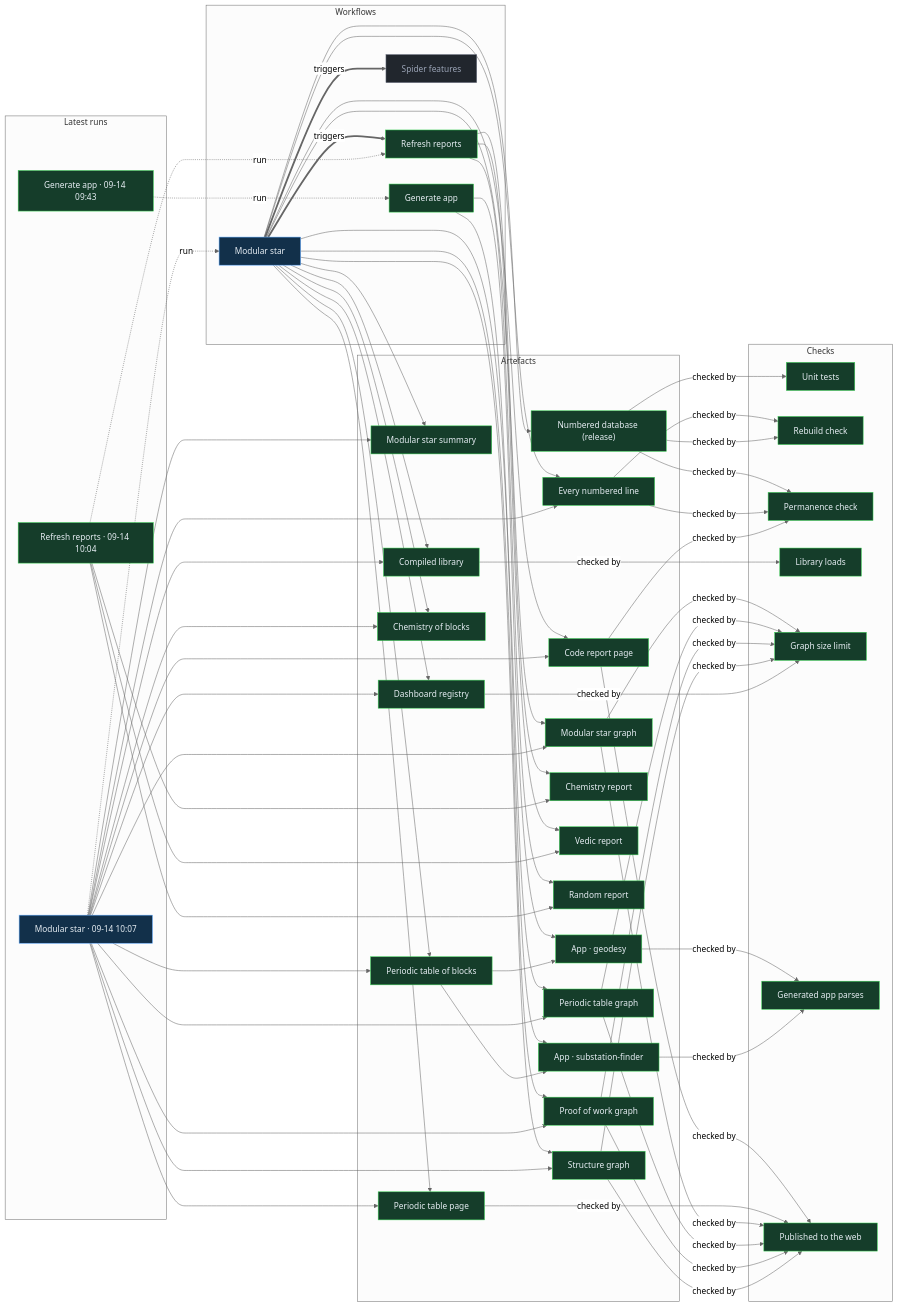
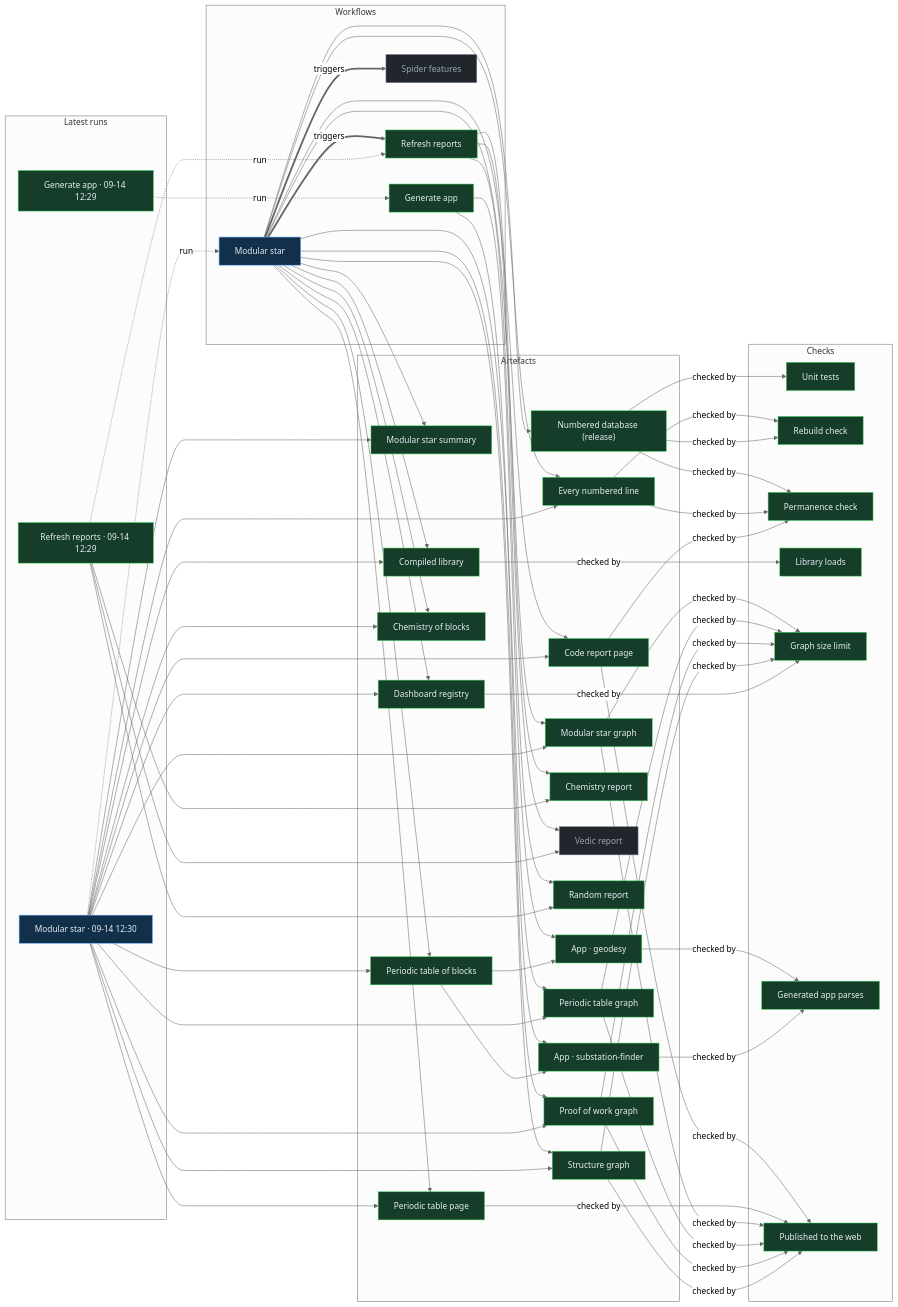
The diagram in proof/PROOF.md (Ventusltd/stars), drawn with Mermaid (neutral theme) before and after one commit. The commit also changed other lines of this file and 106 other files, not shown here.

Commit message:
Modular star 2026-09-14T12:32Z

```diff
--- a/proof/PROOF.md
+++ b/proof/PROOF.md
@@ -24,9 +24,9 @@
   n_wf_spider_features["Spider features"]:::off
   end
   subgraph g_runs["Latest runs"]
-  n_run_34831562812["Modular star · 09-14 10:07"]:::live
-  n_run_34831275090["Refresh reports · 09-14 10:04"]:::ok
-  n_run_34829448635["Generate app · 09-14 09:43"]:::ok
+  n_run_34843776248["Modular star · 09-14 12:30"]:::live
+  n_run_34843666538["Refresh reports · 09-14 12:29"]:::ok
+  n_run_34843673781["Generate app · 09-14 12:29"]:::ok
   end
   subgraph g_artefacts["Artefacts"]
   n_art_summary["Modular star summary"]:::ok
@@ -42,7 +42,7 @@
   n_art_proof["Proof of work graph"]:::ok
   n_art_structure["Structure graph"]:::ok
   n_art_chemistry["Chemistry report"]:::ok
-  n_art_vedic["Vedic report"]:::ok
+  n_art_vedic["Vedic report"]:::off
   n_art_random["Random report"]:::ok
   n_art_release["Numbered database (release)"]:::ok
   n_app_geodesy["App · geodesy"]:::ok
@@ -59,39 +59,39 @@
   end
   n_wf_modular_star == triggers ==> n_wf_refresh
   n_wf_modular_star == triggers ==> n_wf_spider_features
-  n_run_34831562812 -. run .-> n_wf_modular_star
-  n_run_34831275090 -. run .-> n_wf_refresh
-  n_run_34829448635 -. run .-> n_wf_generate
+  n_run_34843776248 -. run .-> n_wf_modular_star
+  n_run_34843666538 -. run .-> n_wf_refresh
+  n_run_34843673781 -. run .-> n_wf_generate
   n_wf_modular_star --> n_art_summary
-  n_run_34831562812 --> n_art_summary
+  n_run_34843776248 --> n_art_summary
   n_wf_modular_star --> n_art_lines
-  n_run_34831562812 --> n_art_lines
+  n_run_34843776248 --> n_art_lines
   n_wf_modular_star --> n_art_code
-  n_run_34831562812 --> n_art_code
+  n_run_34843776248 --> n_art_code
   n_wf_modular_star --> n_art_modular_graph
-  n_run_34831562812 --> n_art_modular_graph
+  n_run_34843776248 --> n_art_modular_graph
   n_wf_modular_star --> n_art_blocks
-  n_run_34831562812 --> n_art_blocks
+  n_run_34843776248 --> n_art_blocks
   n_wf_modular_star --> n_art_table
-  n_run_34831562812 --> n_art_table
+  n_run_34843776248 --> n_art_table
   n_wf_modular_star --> n_art_blocks_graph
-  n_run_34831562812 --> n_art_blocks_graph
+  n_run_34843776248 --> n_art_blocks_graph
   n_wf_modular_star --> n_art_reactions
-  n_run_34831562812 --> n_art_reactions
+  n_run_34843776248 --> n_art_reactions
   n_wf_modular_star --> n_art_library
-  n_run_34831562812 --> n_art_library
+  n_run_34843776248 --> n_art_library
   n_wf_modular_star --> n_art_features
-  n_run_34831562812 --> n_art_features
+  n_run_34843776248 --> n_art_features
   n_wf_modular_star --> n_art_proof
-  n_run_34831562812 --> n_art_proof
+  n_run_34843776248 --> n_art_proof
   n_wf_modular_star --> n_art_structure
-  n_run_34831562812 --> n_art_structure
+  n_run_34843776248 --> n_art_structure
   n_wf_refresh --> n_art_chemistry
-  n_run_34831275090 --> n_art_chemistry
+  n_run_34843666538 --> n_art_chemistry
   n_wf_refresh --> n_art_vedic
-  n_run_34831275090 --> n_art_vedic
+  n_run_34843666538 --> n_art_vedic
   n_wf_refresh --> n_art_random
-  n_run_34831275090 --> n_art_random
+  n_run_34843666538 --> n_art_random
   n_wf_modular_star --> n_art_release
   n_wf_generate --> n_app_geodesy
   n_art_blocks --> n_app_geodesy
```
